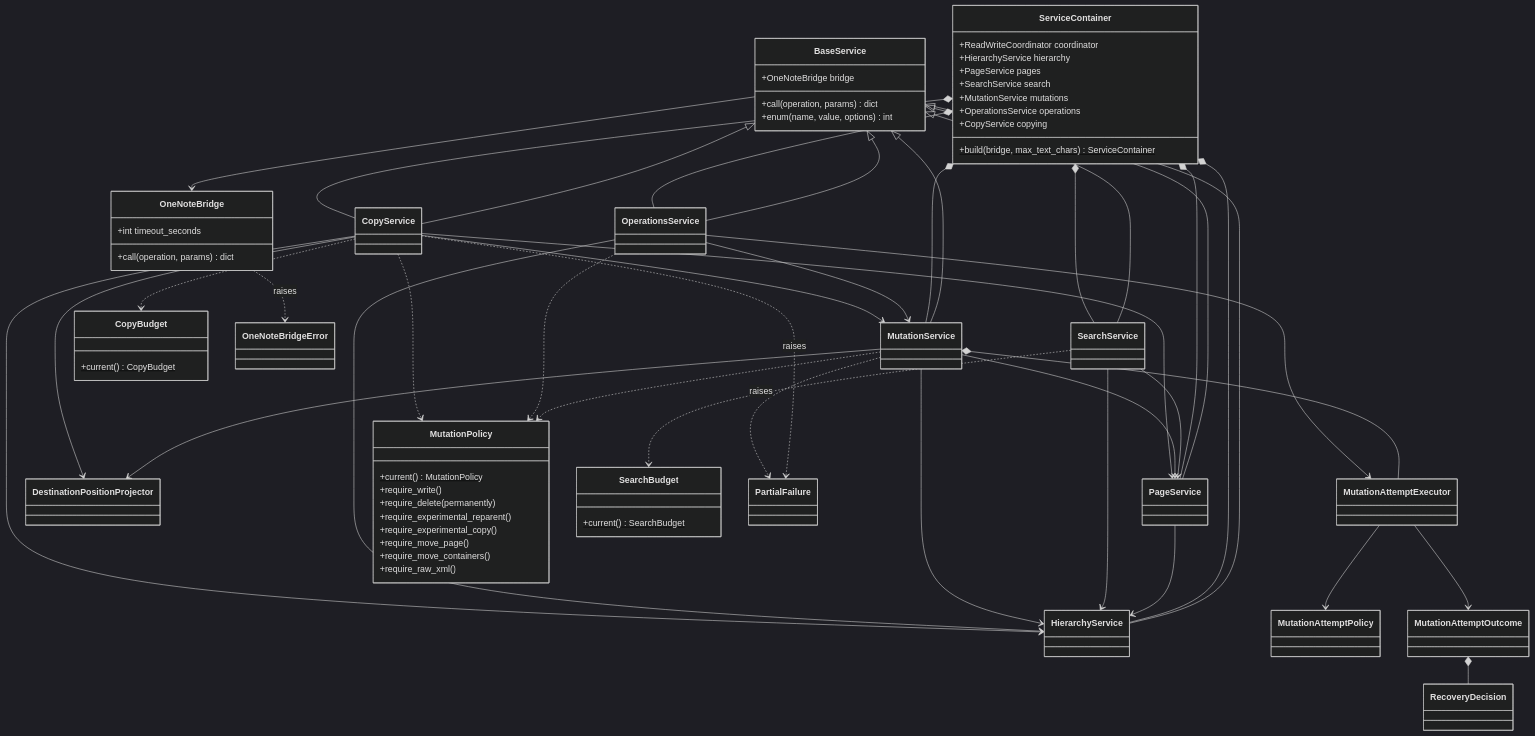
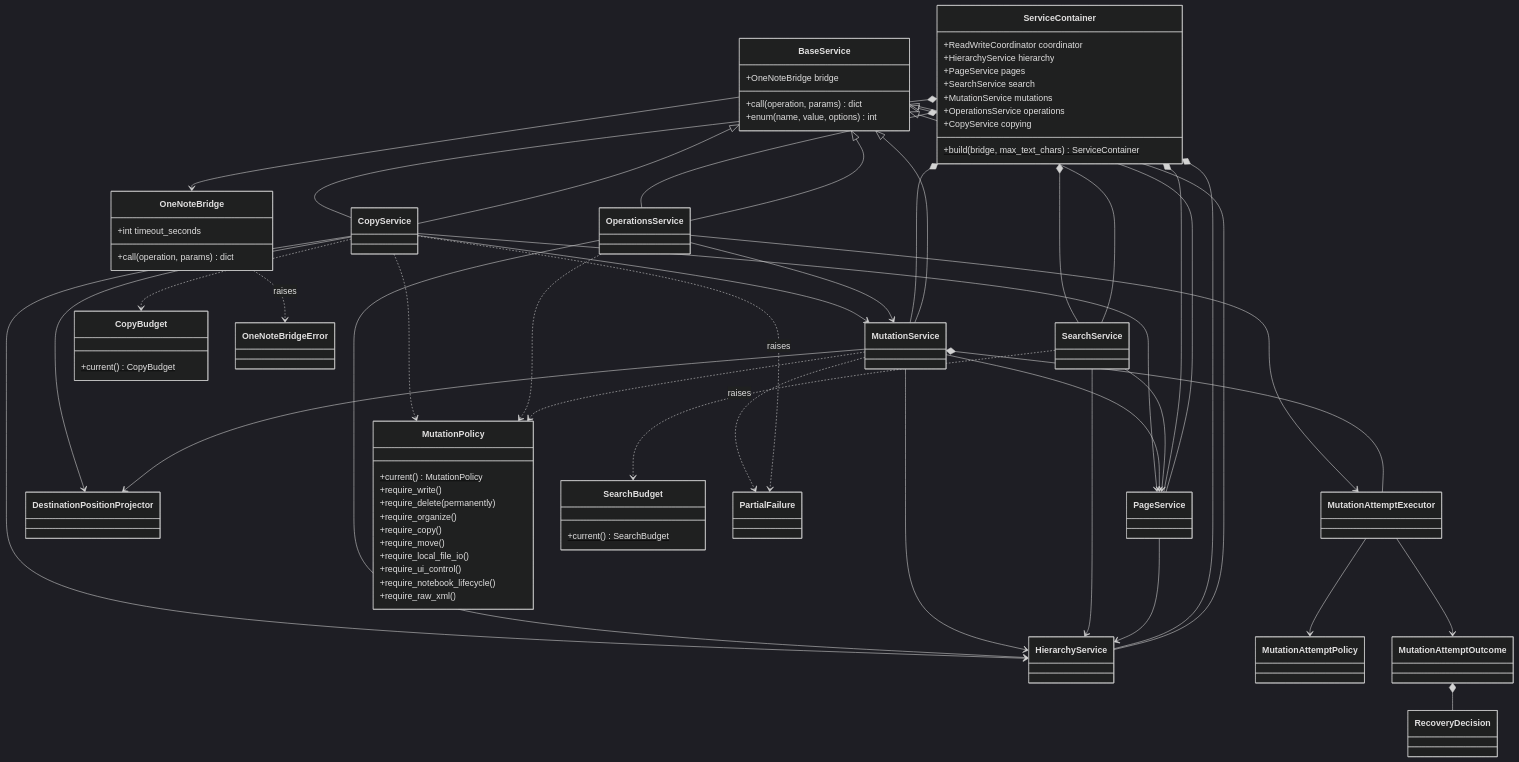
One commit to Kaomsos/onenote-com-mcp changed the second of 6 diagrams in docs/design/architecture.md. Above: the diagram before and after it, drawn with Mermaid (dark theme). The commit also changed other lines of this file and 77 other files, not shown here.

```diff
--- a/docs/design/architecture.md
+++ b/docs/design/architecture.md
@@ -138,10 +139,12 @@
         +current()$ MutationPolicy
         +require_write()
         +require_delete(permanently)
-        +require_experimental_reparent()
-        +require_experimental_copy()
-        +require_move_page()
-        +require_move_containers()
+        +require_organize()
+        +require_copy()
+        +require_move()
+        +require_local_file_io()
+        +require_ui_control()
+        +require_notebook_lifecycle()
         +require_raw_xml()
     }
     class SearchBudget {
```
